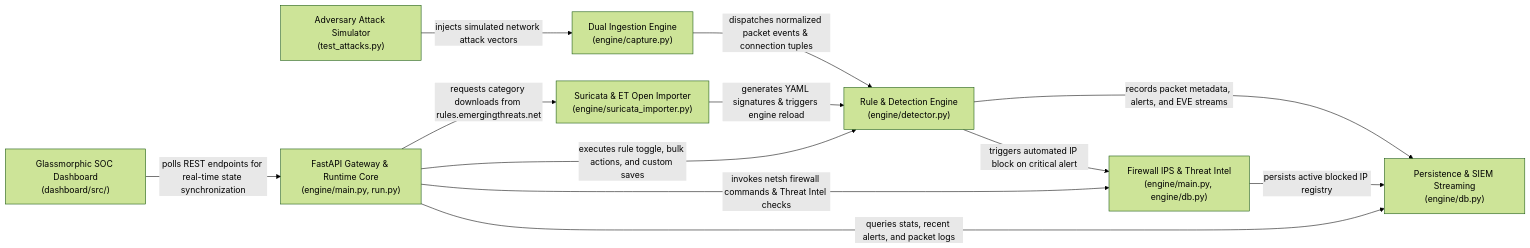
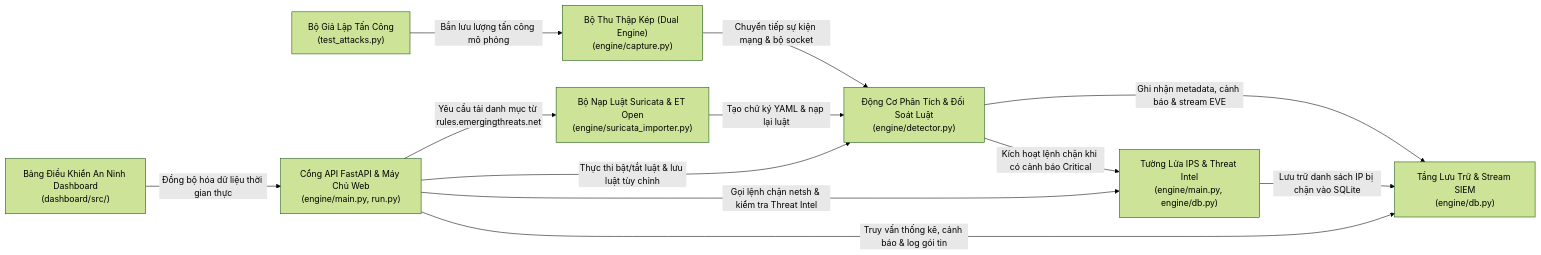
One commit to VDHieu0612/personal-idps changed the second of 3 diagrams in README.md. Above: the diagram before and after it, drawn with Mermaid (forest theme). The commit also changed other lines of this file, not shown here.

Commit message:
docs: đồng bộ 100% tiếng Việt trong README và loại bỏ hình ảnh minh họa cũ

````diff
--- a/README.md
+++ b/README.md
@@ -100,23 +95,23 @@
 ```mermaid
 graph LR
-    Adversary_Simulator["Adversary Attack Simulator\n(test_attacks.py)"]
-    Dual_Ingestion["Dual Ingestion Engine\n(engine/capture.py)"]
-    Rule_Detector["Rule & Detection Engine\n(engine/detector.py)"]
-    Suricata_Importer["Suricata & ET Open Importer\n(engine/suricata_importer.py)"]
-    Persistence_Layer["Persistence & SIEM Streaming\n(engine/db.py)"]
-    Firewall_IPS["Firewall IPS & Threat Intel\n(engine/main.py, engine/db.py)"]
-    FastAPI_Core["FastAPI Gateway & Runtime Core\n(engine/main.py, run.py)"]
-    SOC_Dashboard["Glassmorphic SOC Dashboard\n(dashboard/src/)"]
+    Adversary_Simulator["Bộ Giả Lập Tấn Công\n(test_attacks.py)"]
+    Dual_Ingestion["Bộ Thu Thập Kép (Dual Engine)\n(engine/capture.py)"]
+    Rule_Detector["Động Cơ Phân Tích & Đối Soát Luật\n(engine/detector.py)"]
+    Suricata_Importer["Bộ Nạp Luật Suricata & ET Open\n(engine/suricata_importer.py)"]
+    Persistence_Layer["Tầng Lưu Trữ & Stream SIEM\n(engine/db.py)"]
+    Firewall_IPS["Tường Lửa IPS & Threat Intel\n(engine/main.py, engine/db.py)"]
+    FastAPI_Core["Cổng API FastAPI & Máy Chủ Web\n(engine/main.py, run.py)"]
+    SOC_Dashboard["Bảng Điều Khiển An Ninh Dashboard\n(dashboard/src/)"]
 
-    Adversary_Simulator -- "injects simulated network attack vectors" --> Dual_Ingestion
-    Dual_Ingestion -- "dispatches normalized packet events & connection tuples" --> Rule_Detector
-    Suricata_Importer -- "generates YAML signatures & triggers engine reload" --> Rule_Detector
-    Rule_Detector -- "records packet metadata, alerts, and EVE streams" --> Persistence_Layer
-    Rule_Detector -- "triggers automated IP block on critical alert" --> Firewall_IPS
-    Firewall_IPS -- "persists active blocked IP registry" --> Persistence_Layer
-    FastAPI_Core -- "queries stats, recent alerts, and packet logs" --> Persistence_Layer
-    FastAPI_Core -- "executes rule toggle, bulk actions, and custom saves" --> Rule_Detector
-    FastAPI_Core -- "requests category downloads from rules.emergingthreats.net" --> Suricata_Importer
-    FastAPI_Core -- "invokes netsh firewall commands & Threat Intel checks" --> Firewall_IPS
-    SOC_Dashboard -- "polls REST endpoints for real-time state synchronization" --> FastAPI_Core
+    Adversary_Simulator -- "Bắn lưu lượng tấn công mô phỏng" --> Dual_Ingestion
+    Dual_Ingestion -- "Chuyển tiếp sự kiện mạng & bộ socket" --> Rule_Detector
+    Suricata_Importer -- "Tạo chữ ký YAML & nạp lại luật" --> Rule_Detector
+    Rule_Detector -- "Ghi nhận metadata, cảnh báo & stream EVE" --> Persistence_Layer
+    Rule_Detector -- "Kích hoạt lệnh chặn khi có cảnh báo Critical" --> Firewall_IPS
+    Firewall_IPS -- "Lưu trữ danh sách IP bị chặn vào SQLite" --> Persistence_Layer
+    FastAPI_Core -- "Truy vấn thống kê, cảnh báo & log gói tin" --> Persistence_Layer
+    FastAPI_Core -- "Thực thi bật/tắt luật & lưu luật tùy chỉnh" --> Rule_Detector
+    FastAPI_Core -- "Yêu cầu tải danh mục từ rules.emergingthreats.net" --> Suricata_Importer
+    FastAPI_Core -- "Gọi lệnh chặn netsh & kiểm tra Threat Intel" --> Firewall_IPS
+    SOC_Dashboard -- "Đồng bộ hóa dữ liệu thời gian thực" --> FastAPI_Core
 ```
````
